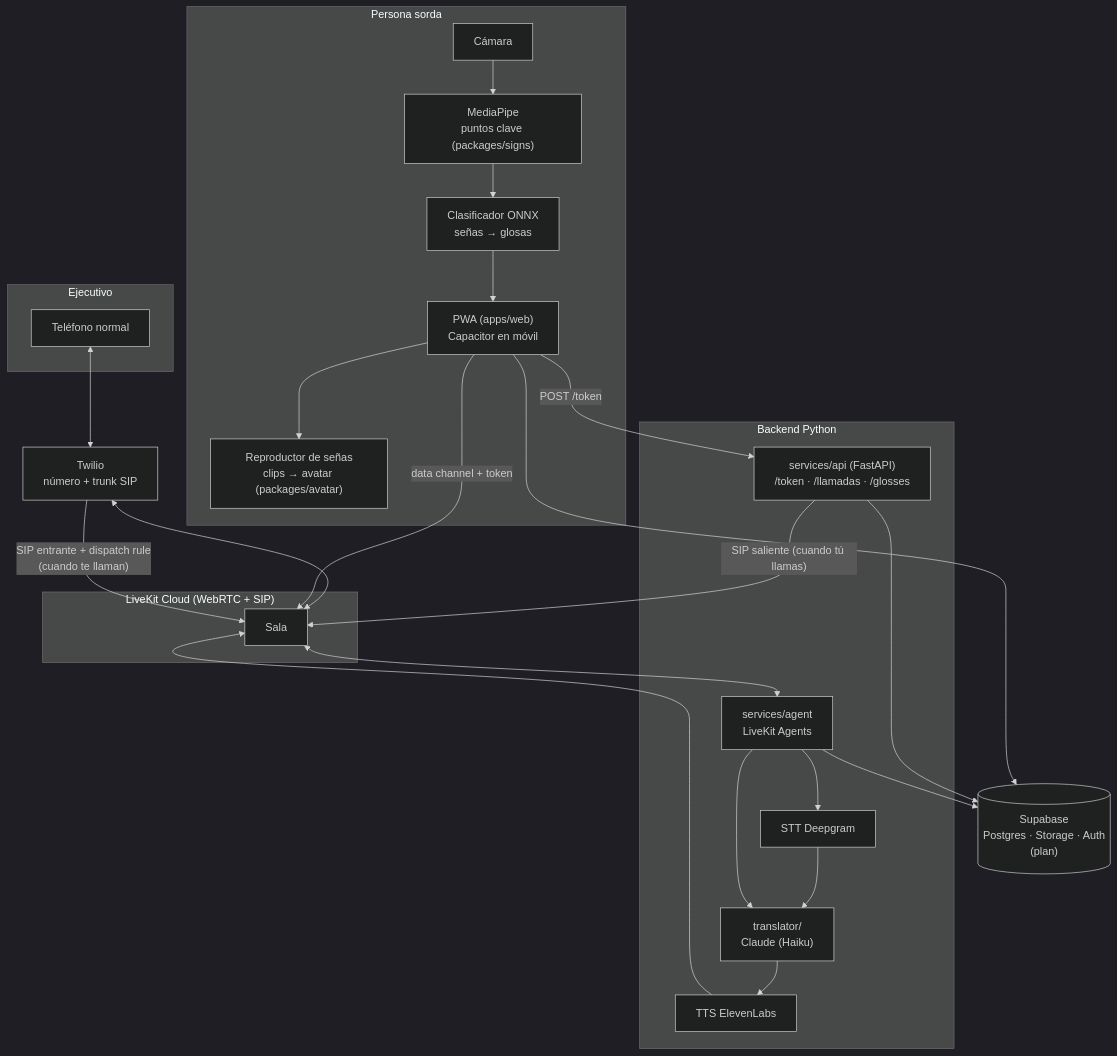
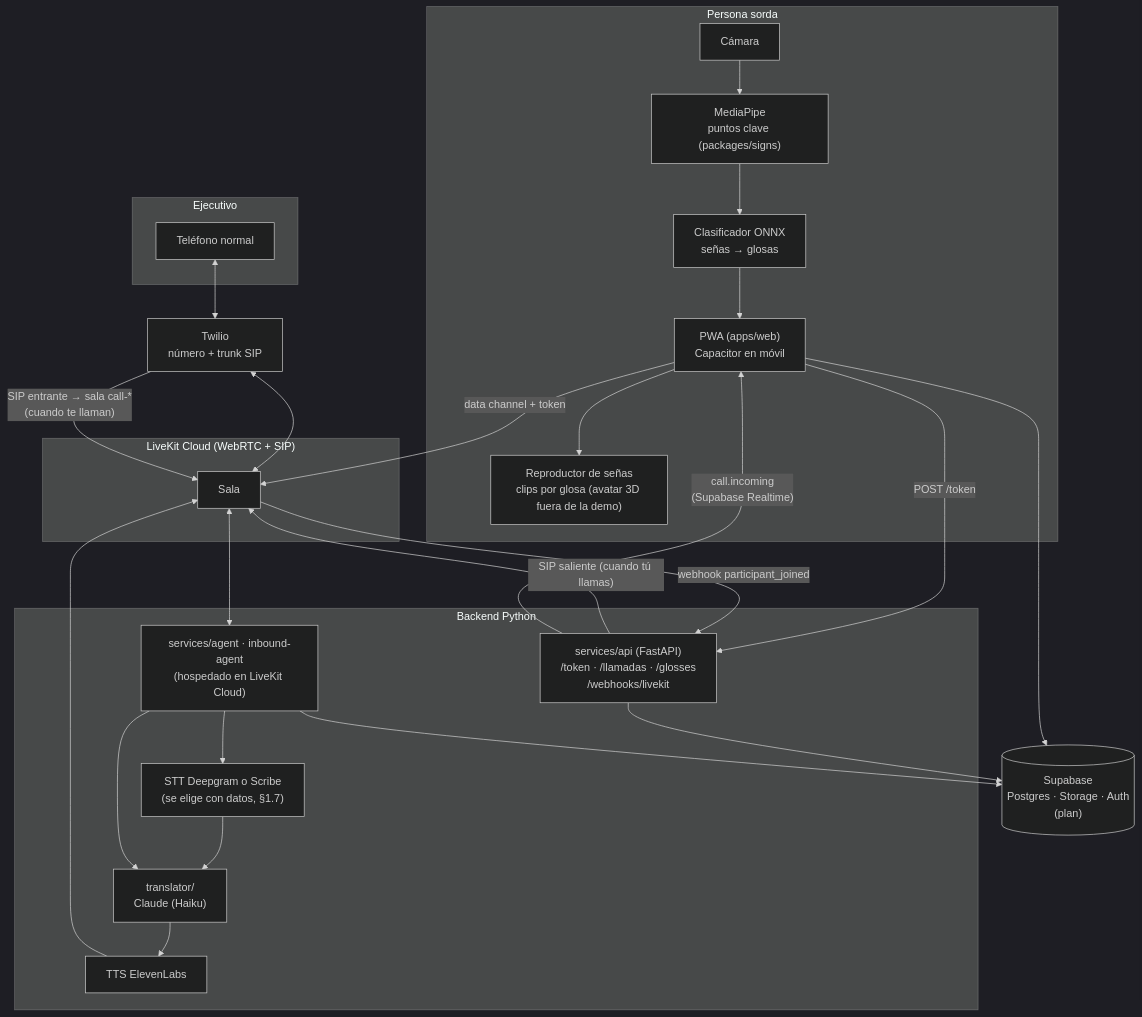
One commit to platanus-hack/platanus-hack-26-cl-team-12 changed the first of 5 diagrams in docs/ARQUITECTURA.md. Above: the diagram before and after it, drawn with Mermaid (dark theme). The commit also changed other lines of this file and 2 other files, not shown here.

First line of the commit message:
docs: llamada entrante con dispatch rule individual, call.incoming, plan B y recortes de demo

````diff
--- a/docs/ARQUITECTURA.md
+++ b/docs/ARQUITECTURA.md
@@ -33,42 +34,44 @@
 ```mermaid
 graph TD
     subgraph Persona sorda
         PWA["PWA (apps/web)<br/>Capacitor en móvil"]
         Cam["Cámara"] --> MP["MediaPipe<br/>puntos clave (packages/signs)"]
         MP --> Clf["Clasificador ONNX<br/>señas → glosas"]
         Clf --> PWA
-        PWA --> Player["Reproductor de señas<br/>clips → avatar (packages/avatar)"]
+        PWA --> Player["Reproductor de señas<br/>clips por glosa (avatar 3D fuera de la demo)"]
     end
 
     subgraph Ejecutivo
         Tel["Teléfono normal"]
     end
 
     subgraph LiveKit["LiveKit Cloud (WebRTC + SIP)"]
         Room["Sala"]
     end
 
     Twilio["Twilio<br/>número + trunk SIP"]
 
     subgraph Backend["Backend Python"]
-        API["services/api (FastAPI)<br/>/token · /llamadas · /glosses"]
-        Agent["services/agent<br/>LiveKit Agents"]
+        API["services/api (FastAPI)<br/>/token · /llamadas · /glosses<br/>/webhooks/livekit"]
+        Agent["services/agent · inbound-agent<br/>(hospedado en LiveKit Cloud)"]
         Trad["translator/<br/>Claude (Haiku)"]
-        STT["STT Deepgram"]
+        STT["STT Deepgram o Scribe<br/>(se elige con datos, §1.7)"]
         TTS["TTS ElevenLabs"]
     end
 
     DB[("Supabase<br/>Postgres · Storage · Auth<br/>(plan)")]
 
     Tel <--> Twilio <--> Room
     PWA -- "data channel + token" --> Room
     PWA -- "POST /token" --> API
     API -- "SIP saliente (cuando tú llamas)" --> Room
-    Twilio -- "SIP entrante + dispatch rule<br/>(cuando te llaman)" --> Room
+    Twilio -- "SIP entrante → sala call-*<br/>(cuando te llaman)" --> Room
+    Room -- "webhook participant_joined" --> API
+    API -- "call.incoming<br/>(Supabase Realtime)" --> PWA
     Room <--> Agent
     Agent --> STT --> Trad
     Agent --> Trad --> TTS --> Room
     API --> DB
     Agent --> DB
     PWA --> DB
 ```
````
